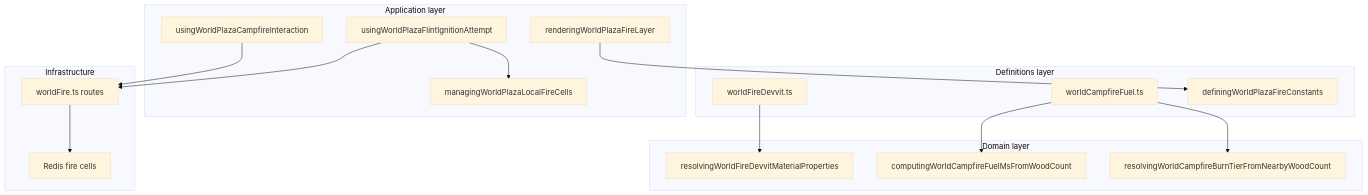
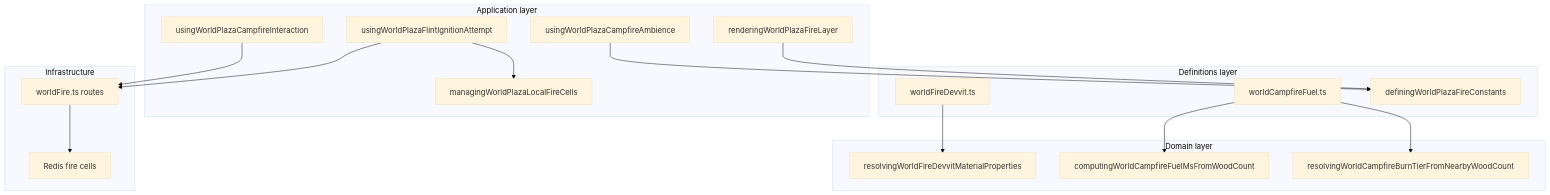
The diagram in gameplay/mechanics/fire/README.md (Jayrr-Dev/reigncraft), drawn with Mermaid (base theme) before and after one commit. The commit also changed other lines of this file and 106 other files, not shown here.

First line of the commit message:
Add campfire ambience mechanics and update related documentation

````diff
--- a/gameplay/mechanics/fire/README.md
+++ b/gameplay/mechanics/fire/README.md
@@ -82,35 +86,37 @@
 ```mermaid
 flowchart TB
   subgraph definitions [Definitions layer]
     WF[worldFireDevvit.ts]
     CF[worldCampfireFuel.ts]
     FC[definingWorldPlazaFireConstants]
   end
 
   subgraph domain [Domain layer]
     MP[resolvingWorldFireDevvitMaterialProperties]
     FM[computingWorldCampfireFuelMsFromWoodCount]
     BT[resolvingWorldCampfireBurnTierFromNearbyWoodCount]
   end
 
   subgraph application [Application layer]
     FL[usingWorldPlazaFlintIgnitionAttempt]
     CP[usingWorldPlazaCampfireInteraction]
     LC[managingWorldPlazaLocalFireCells]
     RL[renderingWorldPlazaFireLayer]
+    CA[usingWorldPlazaCampfireAmbience]
   end
 
   subgraph infrastructure [Infrastructure]
     API[worldFire.ts routes]
     RD[Redis fire cells]
   end
 
   WF --> MP
   CF --> FM
   CF --> BT
   FL --> API
   CP --> API
   FL --> LC
   API --> RD
   RL --> FC
+  CA --> FC
 ```
````
